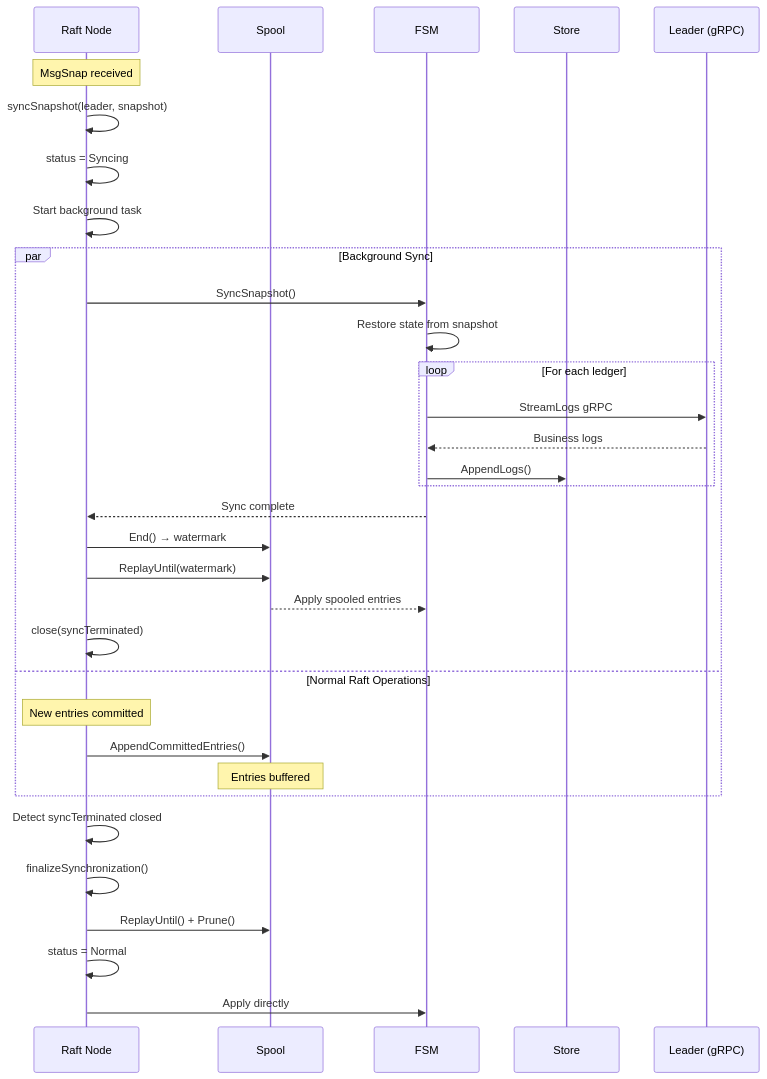
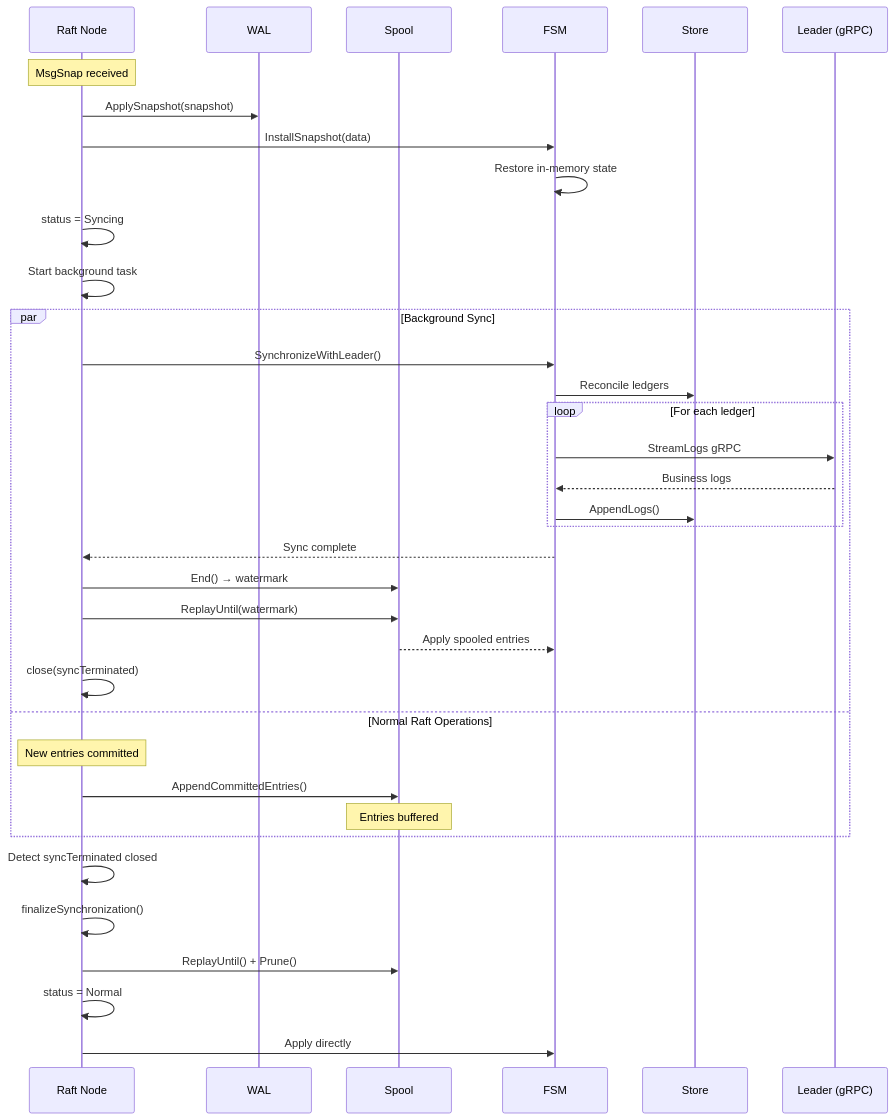
One commit to formancehq/ledger changed the fourth of 8 diagrams in docs/data-flows.md. Above: the diagram before and after it, drawn with Mermaid. The commit also changed other lines of this file and 6 other files, not shown here.

````diff
--- a/docs/data-flows.md
+++ b/docs/data-flows.md
@@ -285,38 +293,41 @@
 ```mermaid
 sequenceDiagram
     participant Node as Raft Node
+    participant WAL
     participant Spool
     participant FSM
     participant Store
     participant Leader as Leader (gRPC)
     
     Note over Node: MsgSnap received
-    Node->>Node: syncSnapshot(leader, snapshot)
+    Node->>WAL: ApplySnapshot(snapshot)
+    Node->>FSM: InstallSnapshot(data)
+    FSM->>FSM: Restore in-memory state
     Node->>Node: status = Syncing
     Node->>Node: Start background task
     
     par Background Sync
-        Node->>FSM: SyncSnapshot()
-        FSM->>FSM: Restore state from snapshot
+        Node->>FSM: SynchronizeWithLeader()
+        FSM->>Store: Reconcile ledgers
         loop For each ledger
             FSM->>Leader: StreamLogs gRPC
             Leader-->>FSM: Business logs
             FSM->>Store: AppendLogs()
         end
         FSM-->>Node: Sync complete
         Node->>Spool: End() → watermark
         Node->>Spool: ReplayUntil(watermark)
         Spool-->>FSM: Apply spooled entries
         Node->>Node: close(syncTerminated)
     and Normal Raft Operations
         Note over Node: New entries committed
         Node->>Spool: AppendCommittedEntries()
         Note over Spool: Entries buffered
     end
     
     Node->>Node: Detect syncTerminated closed
     Node->>Node: finalizeSynchronization()
     Node->>Spool: ReplayUntil() + Prune()
     Node->>Node: status = Normal
     Node->>FSM: Apply directly
 ```
````
